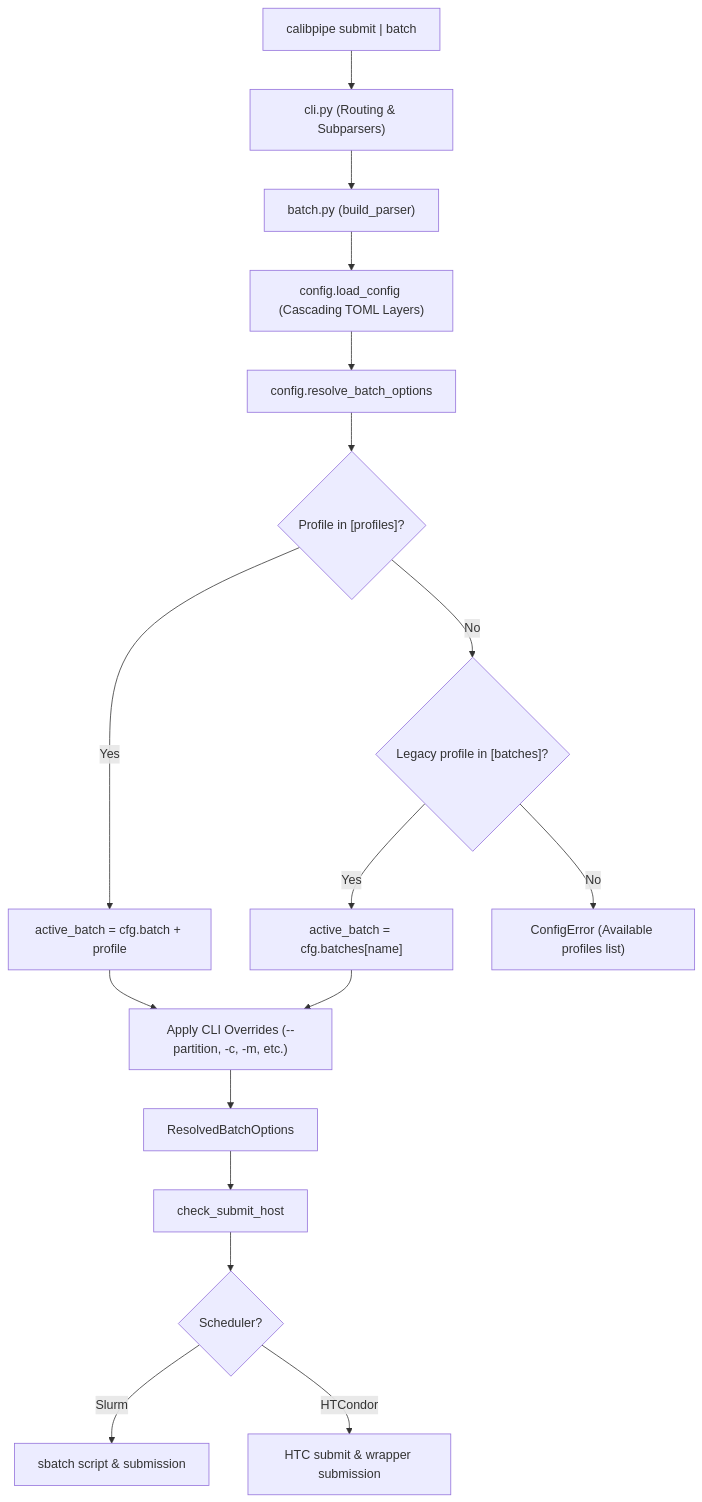
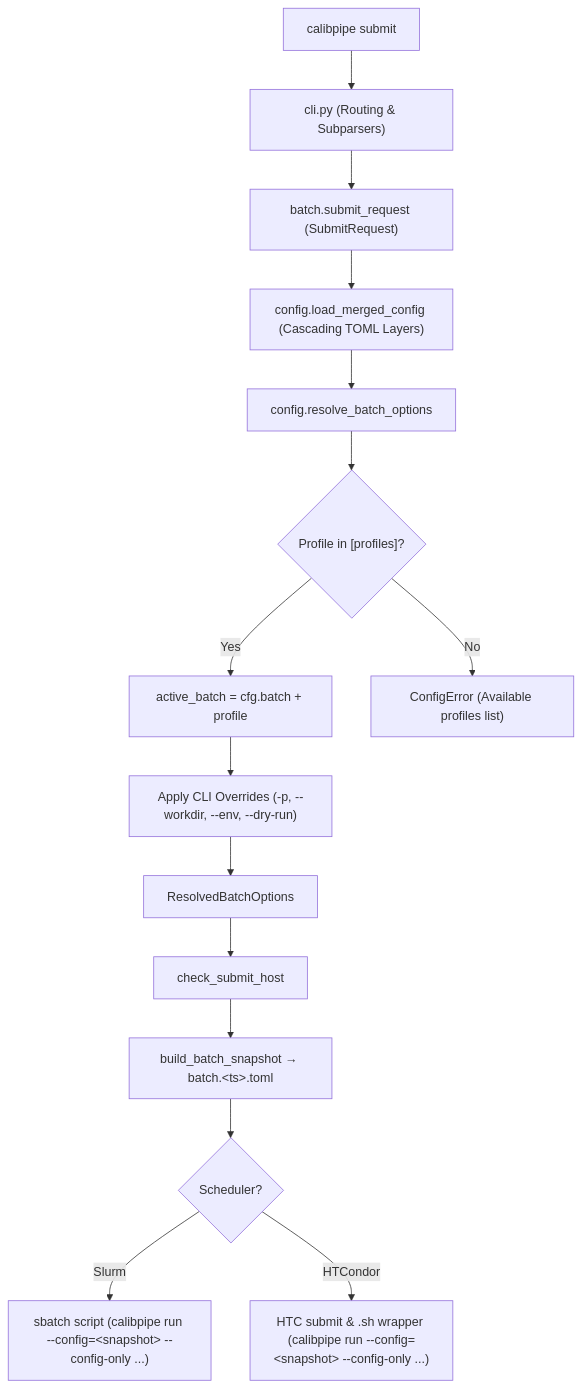
The fifth of 5 diagrams in docs/guide.md (ra-pipeline/calibpipe), drawn with Mermaid before and after one commit. The commit also changed other lines of this file and 29 other files, not shown here.

First line of the commit message:
refactor: streamline CLI and config for 0.2.0

````diff
--- a/docs/guide.md
+++ b/docs/guide.md
@@ -857,19 +858,17 @@
 ```mermaid
 flowchart TD
-    CLI["calibpipe submit | batch"] --> Router["cli.py (Routing & Subparsers)"]
-    Router --> BatchParser["batch.py (build_parser)"]
-    BatchParser --> CfgLoad["config.load_config (Cascading TOML Layers)"]
+    CLI["calibpipe submit"] --> Router["cli.py (Routing & Subparsers)"]
+    Router --> BatchSubmit["batch.submit_request (SubmitRequest)"]
+    BatchSubmit --> CfgLoad["config.load_merged_config (Cascading TOML Layers)"]
     CfgLoad --> Resolve["config.resolve_batch_options"]
     Resolve --> CheckProfiles{"Profile in [profiles]?"}
     CheckProfiles -- Yes --> ActiveProf["active_batch = cfg.batch + profile"]
-    CheckProfiles -- No --> CheckBatches{"Legacy profile in [batches]?"}
-    CheckBatches -- Yes --> ActiveBatch["active_batch = cfg.batches[name]"]
-    CheckBatches -- No --> Err["ConfigError (Available profiles list)"]
-    ActiveProf --> Override["Apply CLI Overrides (--partition, -c, -m, etc.)"]
-    ActiveBatch --> Override
+    CheckProfiles -- No --> Err["ConfigError (Available profiles list)"]
+    ActiveProf --> Override["Apply CLI Overrides (-p, --workdir, --env, --dry-run)"]
     Override --> BatchOpts["ResolvedBatchOptions"]
     BatchOpts --> SubmitHostCheck["check_submit_host"]
-    SubmitHostCheck --> SchedulerDispatch{"Scheduler?"}
-    SchedulerDispatch -- Slurm --> SbatchGen["sbatch script & submission"]
-    SchedulerDispatch -- HTCondor --> HTCGen["HTC submit & wrapper submission"]
+    SubmitHostCheck --> Snapshot["build_batch_snapshot → batch.&lt;ts&gt;.toml"]
+    Snapshot --> SchedulerDispatch{"Scheduler?"}
+    SchedulerDispatch -- Slurm --> SbatchGen["sbatch script (calibpipe run --config=&lt;snapshot&gt; --config-only ...)"]
+    SchedulerDispatch -- HTCondor --> HTCGen["HTC submit &amp; .sh wrapper (calibpipe run --config=&lt;snapshot&gt; --config-only ...)"]
 ```
````
